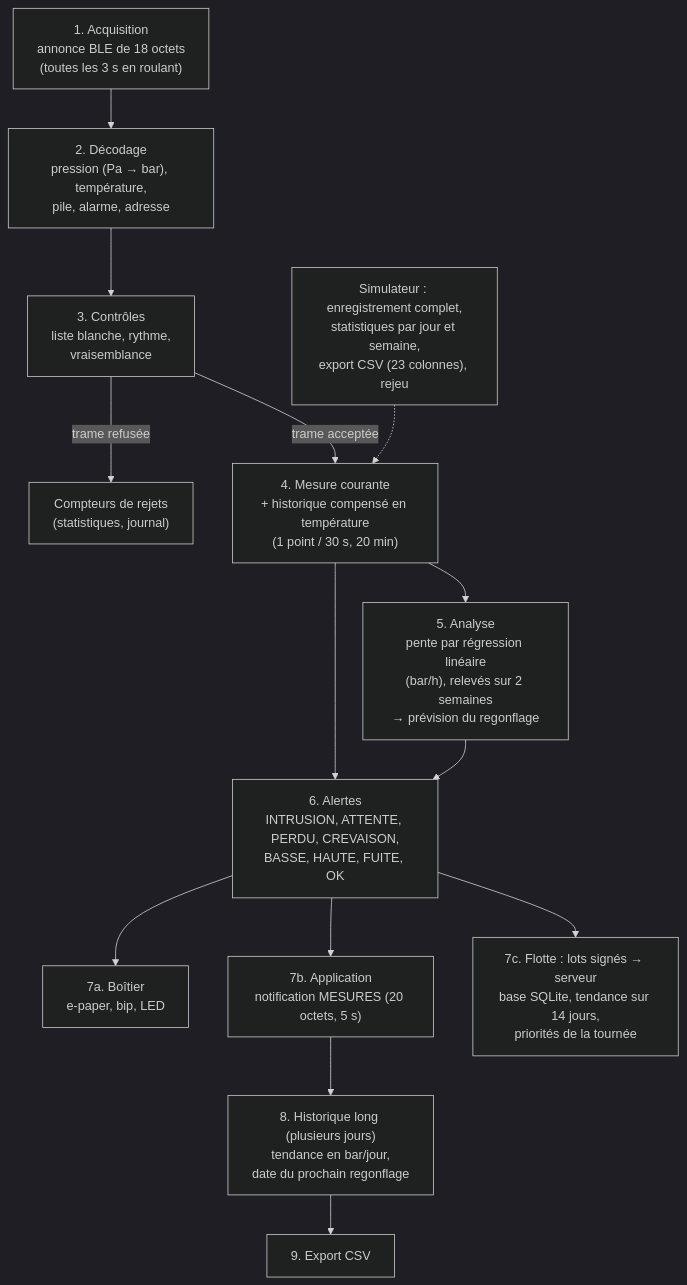
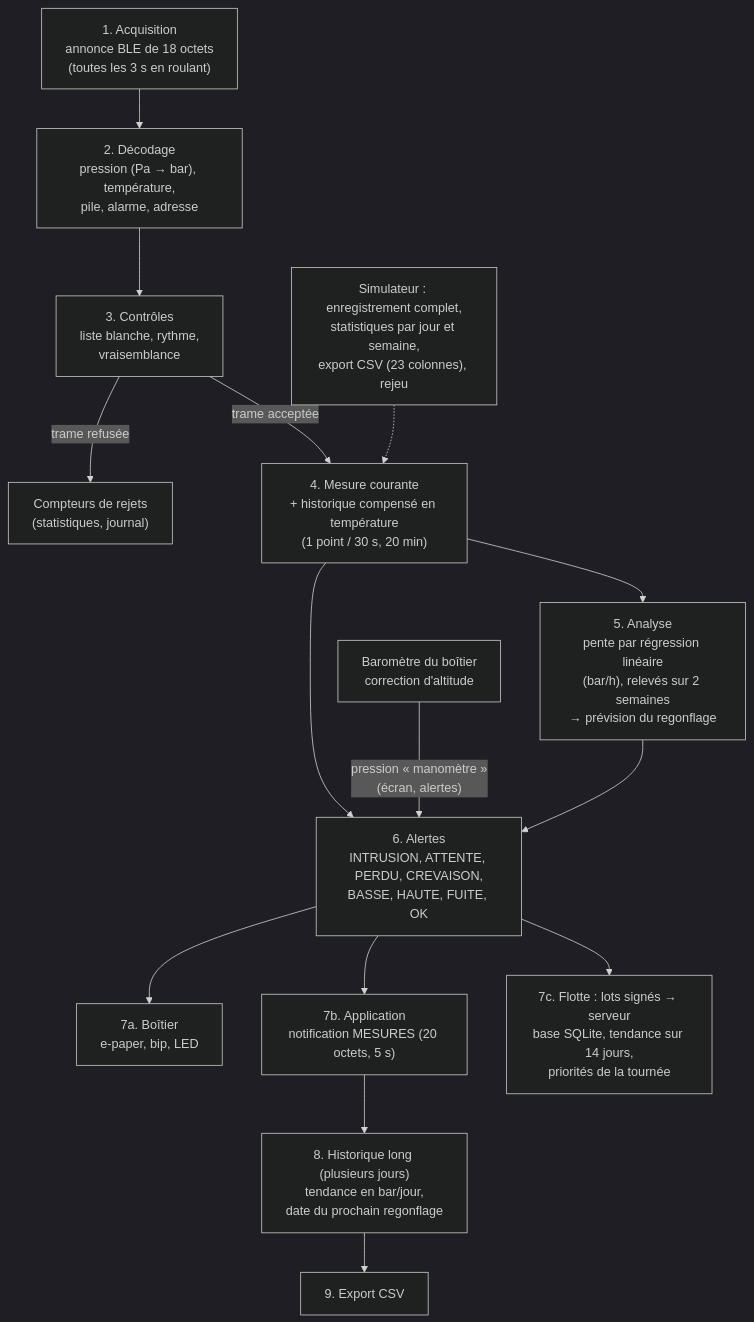
One commit to titilyonnais/tpms-velo changed the third of 3 diagrams in docs/rapport-e6.md. Above: the diagram before and after it, drawn with Mermaid (dark theme). The commit also changed other lines of this file and 17 other files, not shown here.

````diff
--- a/docs/rapport-e6.md
+++ b/docs/rapport-e6.md
@@ -628,16 +674,17 @@
 ```mermaid
 flowchart TB
     A["1. Acquisition<br/>annonce BLE de 18 octets<br/>(toutes les 3 s en roulant)"] --> B["2. Décodage<br/>pression (Pa → bar), température,<br/>pile, alarme, adresse"]
     B --> C["3. Contrôles<br/>liste blanche, rythme,<br/>vraisemblance"]
     C -- "trame refusée" --> R["Compteurs de rejets<br/>(statistiques, journal)"]
     C -- "trame acceptée" --> D["4. Mesure courante<br/>+ historique compensé en température<br/>(1 point / 30 s, 20 min)"]
     D --> E["5. Analyse<br/>pente par régression linéaire<br/>(bar/h), relevés sur 2 semaines<br/>→ prévision du regonflage"]
     D --> F["6. Alertes<br/>INTRUSION, ATTENTE, PERDU, CREVAISON,<br/>BASSE, HAUTE, FUITE, OK"]
+    BARO["Baromètre du boîtier<br/>correction d'altitude"] -- "pression « manomètre »<br/>(écran, alertes)" --> F
     E --> F
     F --> G["7a. Boîtier<br/>e-paper, bip, LED"]
     F --> H["7b. Application<br/>notification MESURES (20 octets, 5 s)"]
     H --> I["8. Historique long (plusieurs jours)<br/>tendance en bar/jour,<br/>date du prochain regonflage"]
     I --> J["9. Export CSV"]
     F --> K["7c. Flotte : lots signés → serveur<br/>base SQLite, tendance sur 14 jours,<br/>priorités de la tournée"]
     S["Simulateur : enregistrement complet,<br/>statistiques par jour et semaine,<br/>export CSV (23 colonnes), rejeu"] -.-> D
 ```
````
